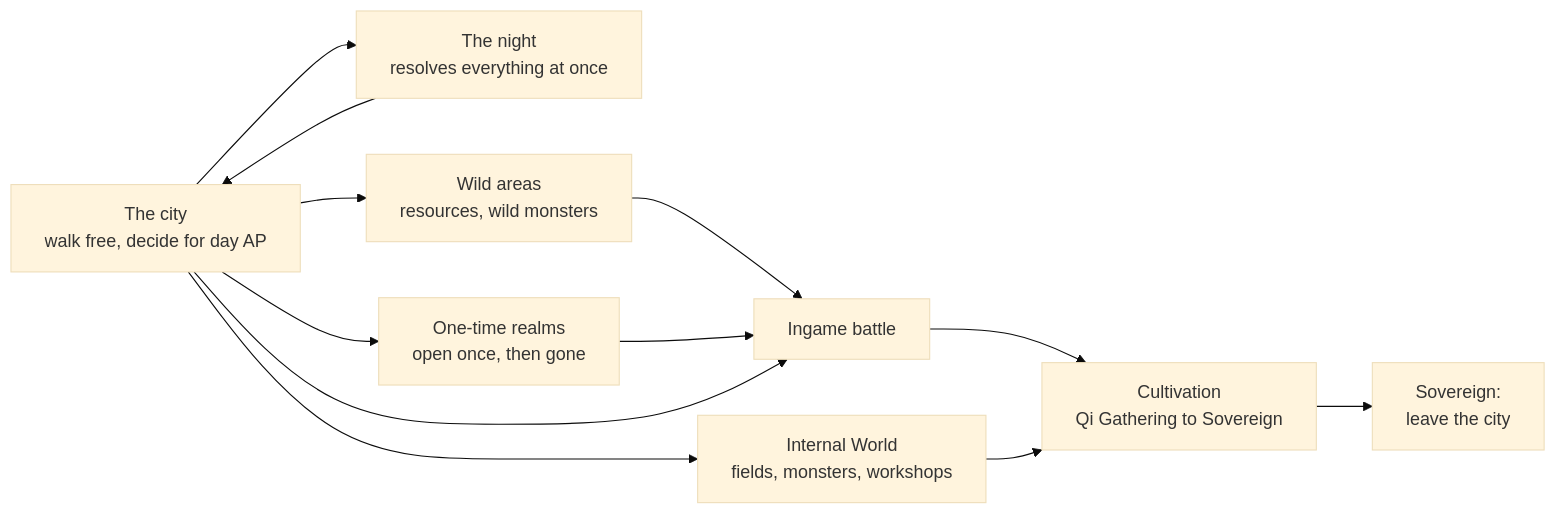
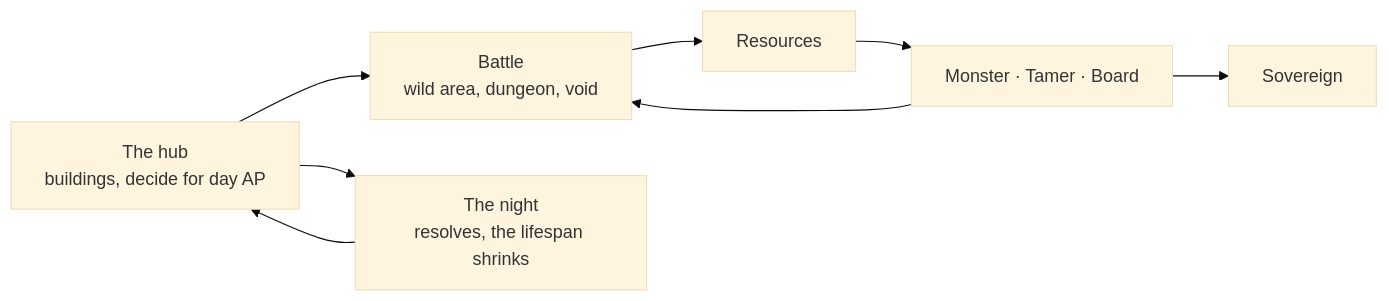
The first of 2 diagrams in docs/vision.md (papierkorp/road_of_the_beasts), drawn with Mermaid (base theme) before and after one commit. The commit also changed other lines of this file and 6 other files, not shown here.

Commit message:
docs: new frame, the battle is the game; hub instead of the 3D city, lifespan, wild area, dungeon and void, cultivation system

````diff
--- a/docs/vision.md
+++ b/docs/vision.md
@@ -13,14 +13,10 @@
 ```mermaid
 flowchart LR
-    City["The city<br/>walk free, decide for day AP"] --> Night["The night<br/>resolves everything at once"]
-    Night --> City
-    City --> Wild["Wild areas<br/>resources, wild monsters"]
-    City --> Realm["One-time realms<br/>open once, then gone"]
-    City --> Inner["Internal World<br/>fields, monsters, workshops"]
-    Wild --> Battle["Ingame battle"]
-    Realm --> Battle
-    City --> Battle
-    Battle --> Growth["Cultivation<br/>Qi Gathering to Sovereign"]
-    Inner --> Growth
-    Growth --> End["Sovereign:<br/>leave the city"]
+    Hub["The hub<br/>buildings, decide for day AP"] --> Battle["Battle<br/>wild area, dungeon, void"]
+    Battle --> Res["Resources"]
+    Res --> Pillars["Monster · Tamer · Board"]
+    Pillars --> Battle
+    Hub --> Night["The night<br/>resolves, the lifespan shrinks"]
+    Night --> Hub
+    Pillars --> End["Sovereign"]
 ```
````
